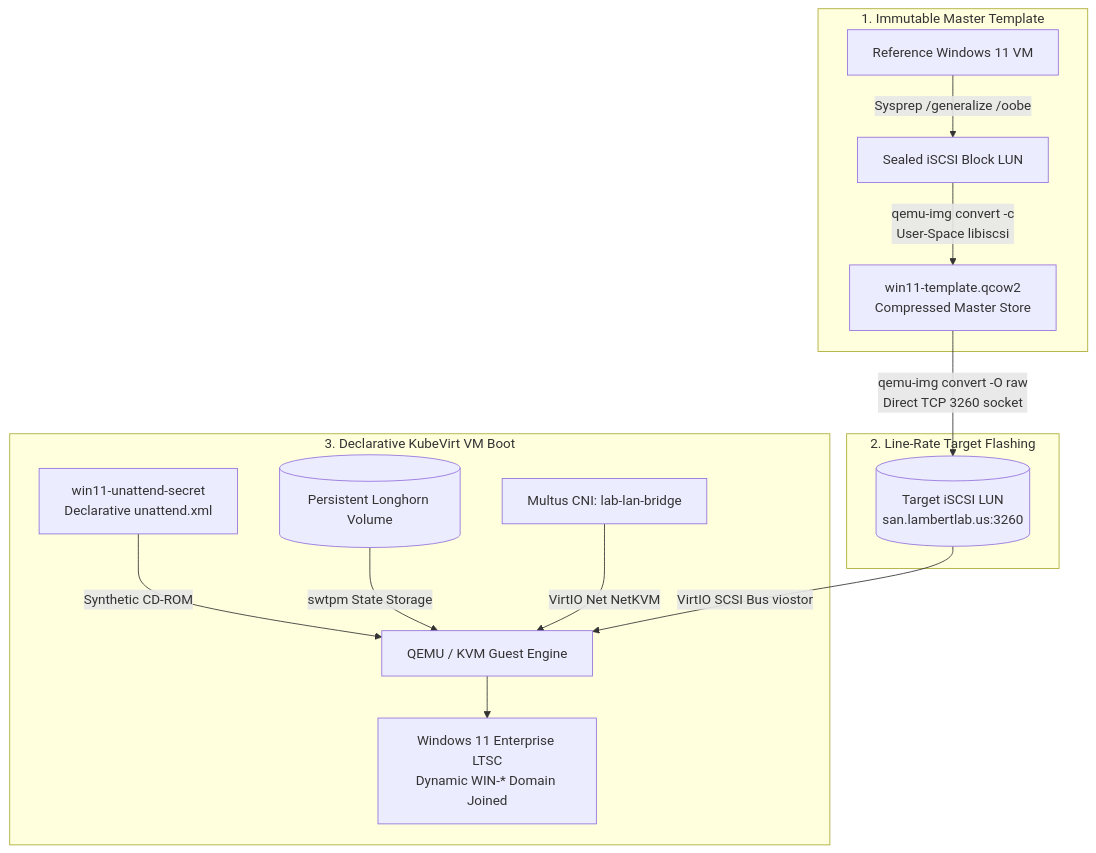
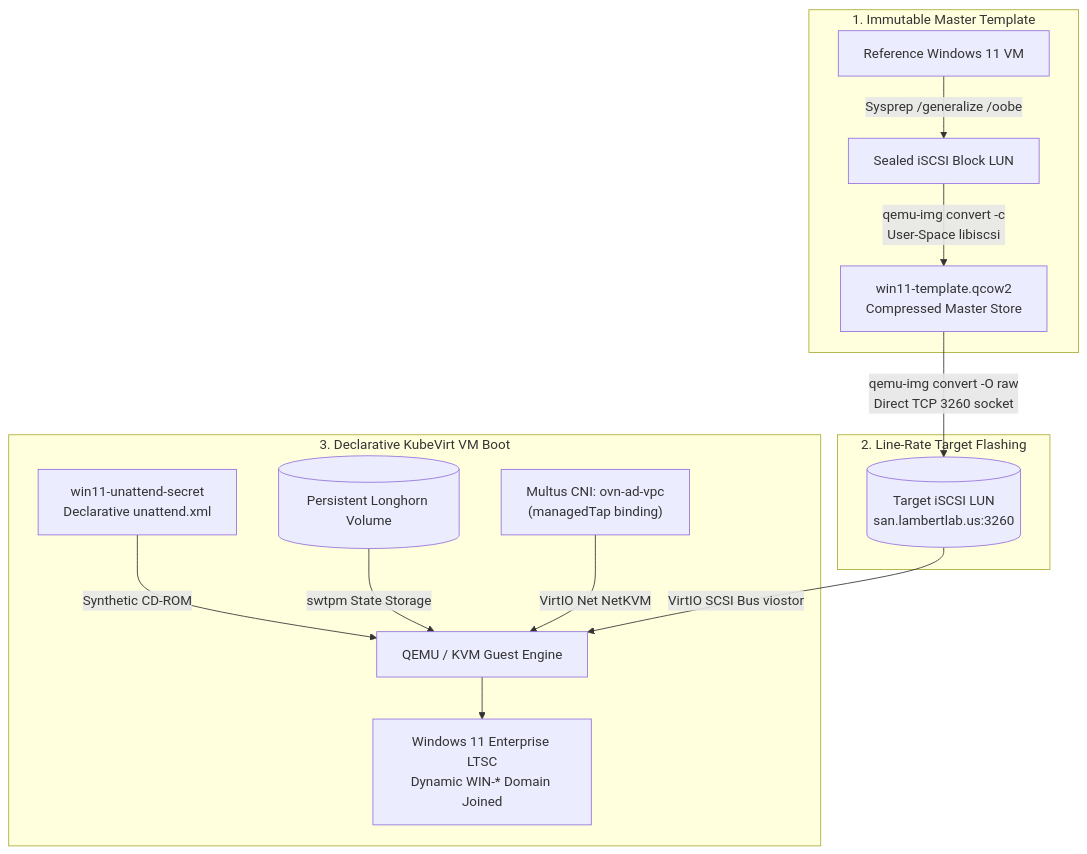
Before and after one commit to ChrisLambert03/homelab: the diagram in docs/architecture/virtualization.md, drawn with Mermaid. The commit also changed other lines of this file and 14 other files, not shown here.

Commit message:
docs: synchronize architecture docs and READMEs with Kube-OVN L2 VPC overlay

````diff
--- a/docs/architecture/virtualization.md
+++ b/docs/architecture/virtualization.md
@@ -9,19 +9,19 @@
 ```mermaid
 graph TD
     subgraph MasterTemplate["1. Immutable Master Template"]
         RefVM["Reference Windows 11 VM"] -->|"Sysprep /generalize /oobe"| SealedDisk["Sealed iSCSI Block LUN"]
         SealedDisk -->|"qemu-img convert -c<br/>User-Space libiscsi"| QCOW2["win11-template.qcow2<br/>Compressed Master Store"]
     end
 
     subgraph DirectFlashing["2. Line-Rate Target Flashing"]
         QCOW2 -->|"qemu-img convert -O raw<br/>Direct TCP 3260 socket"| SANLUN[("Target iSCSI LUN<br/>san.lambertlab.us:3260")]
     end
 
     subgraph KubernetesKubeVirt["3. Declarative KubeVirt VM Boot"]
         Secret["win11-unattend-secret<br/>Declarative unattend.xml"] -->|"Synthetic CD-ROM"| KVM["QEMU / KVM Guest Engine"]
         SANLUN -->|"VirtIO SCSI Bus viostor"| KVM
         TPMVol[("Persistent Longhorn Volume")] -->|"swtpm State Storage"| KVM
-        Multus["Multus CNI: lab-lan-bridge"] -->|"VirtIO Net NetKVM"| KVM
+        Multus["Multus CNI: ovn-ad-vpc<br/>(managedTap binding)"] -->|"VirtIO Net NetKVM"| KVM
         KVM --> WinOS["Windows 11 Enterprise LTSC<br/>Dynamic WIN-* Domain Joined"]
     end
 ```
````
